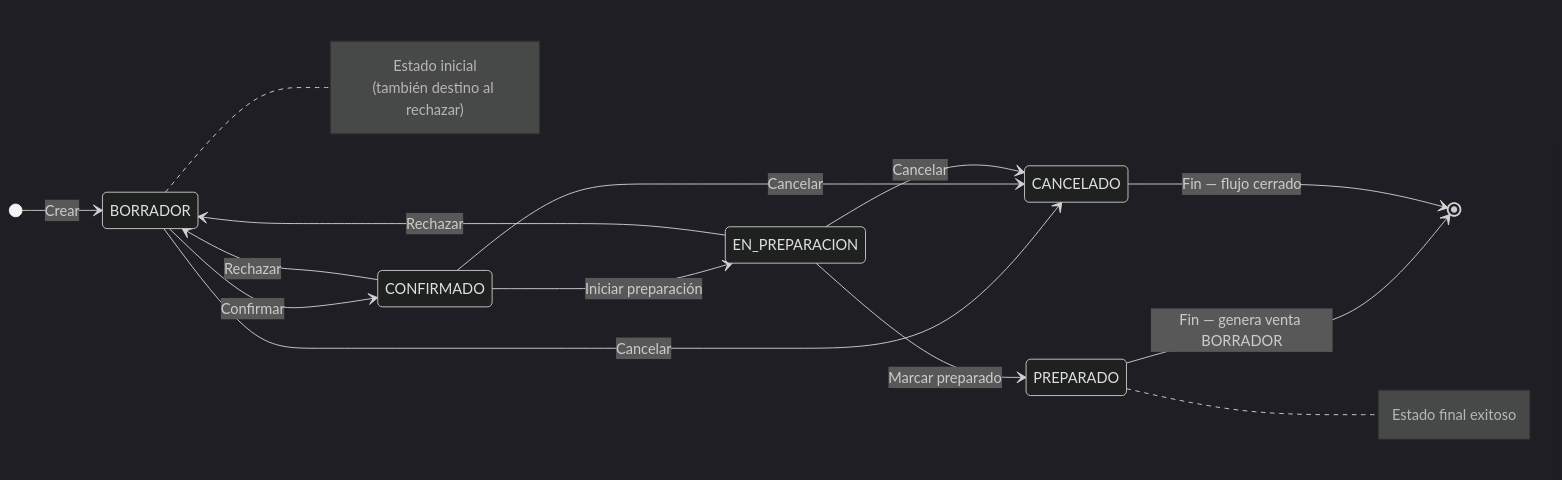
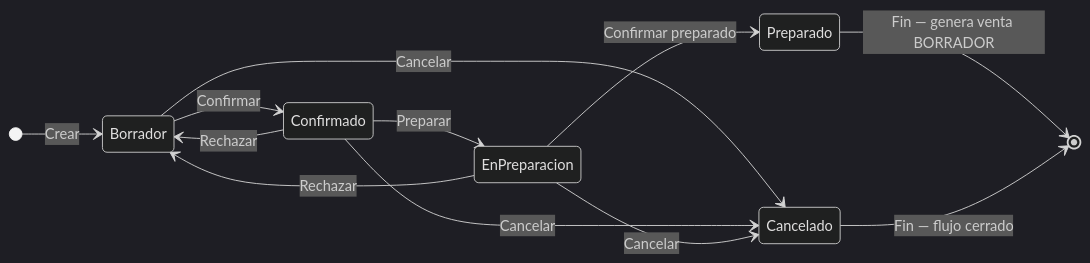
One commit to Zink-in-Tech/ZiT-ERP_DocsPublica_FE changed the diagram in docs/ventas/pedidos.md. Above: the diagram before and after it, drawn with Mermaid (dark theme). The commit also changed other lines of this file and 18 other files, not shown here.

````diff
--- a/docs/ventas/pedidos.md
+++ b/docs/ventas/pedidos.md
@@ -89,22 +90,15 @@
 ```mermaid
 stateDiagram-v2
   direction LR
-  [*] --> BORRADOR: Crear
-  BORRADOR --> CONFIRMADO: Confirmar
-  CONFIRMADO --> EN_PREPARACION: Iniciar preparación
-  EN_PREPARACION --> PREPARADO: Marcar preparado
-  CONFIRMADO --> BORRADOR: Rechazar
-  EN_PREPARACION --> BORRADOR: Rechazar
-  PREPARADO --> [*]: Fin — genera venta BORRADOR
-  BORRADOR --> CANCELADO: Cancelar
-  CONFIRMADO --> CANCELADO: Cancelar
-  EN_PREPARACION --> CANCELADO: Cancelar
-  CANCELADO --> [*]: Fin — flujo cerrado
-  note right of BORRADOR
-    Estado inicial
-    (también destino al rechazar)
-  end note
-  note right of PREPARADO
-    Estado final exitoso
-  end note
+  [*] --> Borrador: Crear
+  Borrador --> Confirmado: Confirmar
+  Confirmado --> EnPreparacion: Preparar
+  EnPreparacion --> Preparado: Confirmar preparado
+  Confirmado --> Borrador: Rechazar
+  EnPreparacion --> Borrador: Rechazar
+  Preparado --> [*]: Fin — genera venta BORRADOR
+  Borrador --> Cancelado: Cancelar
+  Confirmado --> Cancelado: Cancelar
+  EnPreparacion --> Cancelado: Cancelar
+  Cancelado --> [*]: Fin — flujo cerrado
 ```
````
